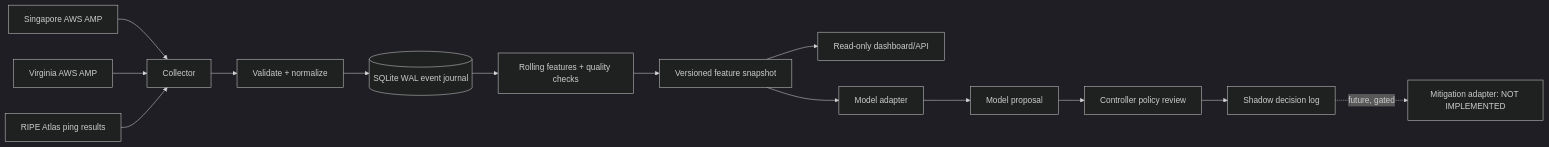
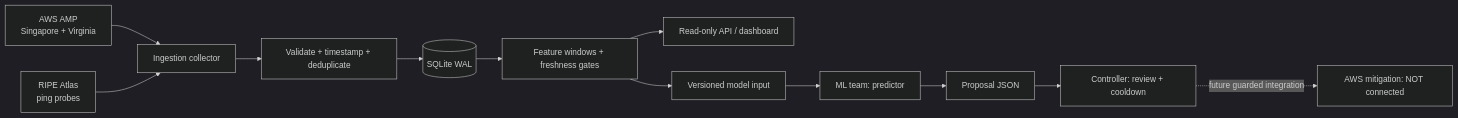
One commit to Linus-Tay/adaptivenet changed the diagram in README.md. Above: the diagram before and after it, drawn with Mermaid (dark theme). The commit also changed other lines of this file and 56 other files, not shown here.

````diff
--- a/README.md
+++ b/README.md
@@ -11,16 +48,14 @@
 ```mermaid
 flowchart LR
-    A[Singapore AWS AMP] --> C[Collector]
-    B[Virginia AWS AMP] --> C
-    R[RIPE Atlas ping results] --> C
-    C --> N[Validate + normalize]
-    N --> J[(SQLite WAL event journal)]
-    J --> F[Rolling features + quality checks]
-    F --> S[Versioned feature snapshot]
-    S --> UI[Read-only dashboard/API]
-    S --> M[Model adapter]
-    M --> P[Model proposal]
-    P --> G[Controller policy review]
-    G --> D[Shadow decision log]
-    D -. future, gated .-> X[Mitigation adapter: NOT IMPLEMENTED]
+    AWS[AWS AMP<br/>Singapore + Virginia] --> C[Ingestion collector]
+    RIPE[RIPE Atlas<br/>ping probes] --> C
+    C --> V[Validate + timestamp + deduplicate]
+    V --> DB[(SQLite WAL)]
+    DB --> F[Feature windows + freshness gates]
+    F --> API[Read-only API / dashboard]
+    F --> M[Versioned model input]
+    M --> ML[ML team: predictor]
+    ML --> P[Proposal JSON]
+    P --> CTRL[Controller: review + cooldown]
+    CTRL -. future guarded integration .-> X[AWS mitigation: NOT connected]
 ```
````
